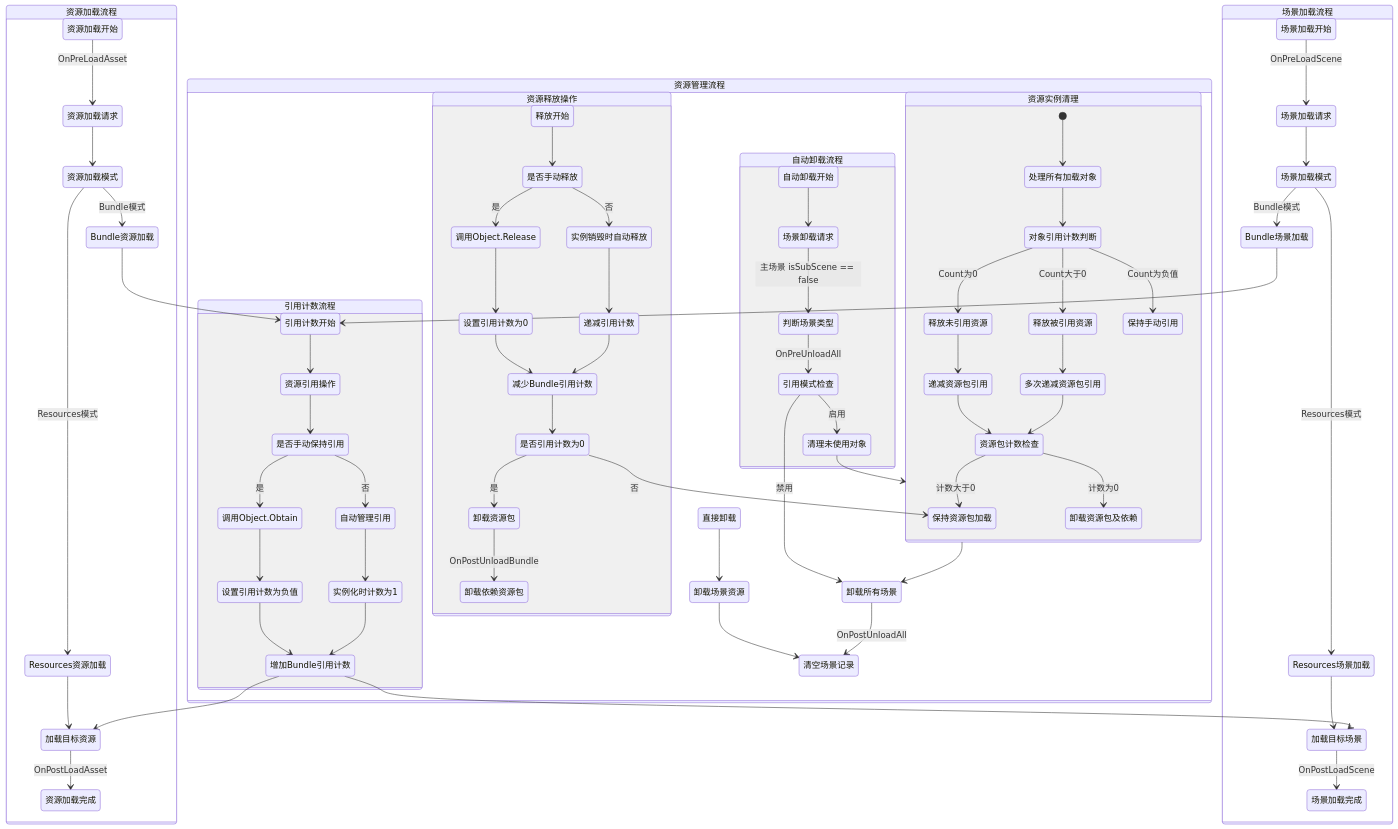
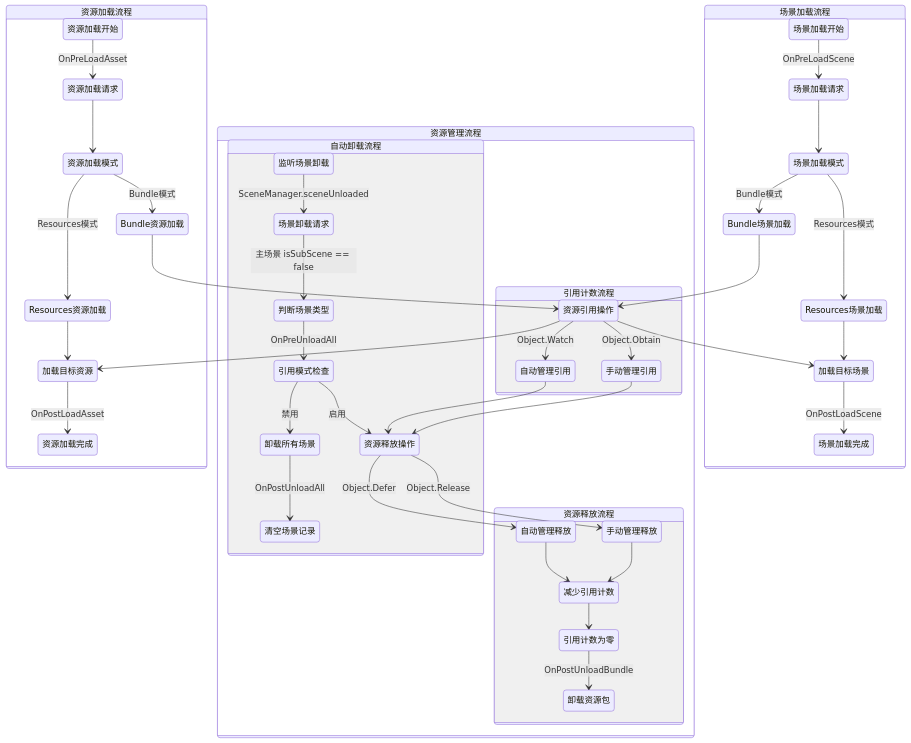
Before and after one commit to eframework-org/U3D.RES: the diagram in Documentation~/XAsset.Core.md, drawn with Mermaid. The commit also changed other lines of this file and 2 other files, not shown here.

Commit message:
docs: 更新 Core 模块的文档

````diff
--- a/Documentation~/XAsset.Core.md
+++ b/Documentation~/XAsset.Core.md
@@ -29,10 +29,10 @@
         资源加载模式 --> Bundle资源加载 : Bundle模式
         资源加载模式 --> Resources资源加载 : Resources模式
         
-        Bundle资源加载 --> 引用计数开始
+        Bundle资源加载 --> 资源引用操作
         Resources资源加载 --> 加载目标资源
         
-        增加Bundle引用计数 --> 加载目标资源
+        资源引用操作 --> 加载目标资源
         加载目标资源 --> 资源加载完成 : OnPostLoadAsset
     }
 
@@ -43,78 +43,42 @@
         场景加载模式 --> Bundle场景加载 : Bundle模式
         场景加载模式 --> Resources场景加载 : Resources模式
 
-        Bundle场景加载 --> 引用计数开始
+        Bundle场景加载 --> 资源引用操作
         Resources场景加载 --> 加载目标场景
         
-        增加Bundle引用计数 --> 加载目标场景
+        资源引用操作 --> 加载目标场景
         加载目标场景 --> 场景加载完成 : OnPostLoadScene
     }
 
     state 资源管理流程 {
         state 引用计数流程 {
-            引用计数开始 --> 资源引用操作
-            资源引用操作 --> 是否手动保持引用
-            
-            是否手动保持引用 --> 调用Object.Obtain : 是
-            是否手动保持引用 --> 自动管理引用 : 否
-            
-            调用Object.Obtain --> 设置引用计数为负值
-            设置引用计数为负值 --> 增加Bundle引用计数
-            
-            自动管理引用 --> 实例化时计数为1
-            实例化时计数为1 --> 增加Bundle引用计数
+            资源引用操作 --> 手动管理引用 : Object.Obtain
+            资源引用操作 --> 自动管理引用 : Object.Watch
+
+            手动管理引用 --> 资源释放操作
+            自动管理引用 --> 资源释放操作
         }
 
-        state 资源释放操作 {
-            释放开始 --> 是否手动释放
-            是否手动释放 --> 调用Object.Release : 是
-            是否手动释放 --> 实例销毁时自动释放 : 否
+        state 资源释放流程 {
+            资源释放操作 --> 手动管理释放 : Object.Release
+            资源释放操作 --> 自动管理释放 : Object.Defer
             
-            调用Object.Release --> 设置引用计数为0
-            设置引用计数为0 --> 减少Bundle引用计数
+            手动管理释放 --> 减少引用计数
+            自动管理释放 --> 减少引用计数
             
-            实例销毁时自动释放 --> 递减引用计数
-            递减引用计数 --> 减少Bundle引用计数
-            
-            减少Bundle引用计数 --> 是否引用计数为0
-            是否引用计数为0 --> 卸载资源包 : 是
-            是否引用计数为0 --> 保持资源包加载 : 否
-            
-            卸载资源包 --> 卸载依赖资源包 : OnPostUnloadBundle
+            减少引用计数 --> 引用计数为零
+            引用计数为零 --> 卸载资源包 : OnPostUnloadBundle
         }
 
         state 自动卸载流程 {
-            自动卸载开始 --> 场景卸载请求
+            监听场景卸载 --> 场景卸载请求 : SceneManager.sceneUnloaded
             场景卸载请求 --> 判断场景类型 : 主场景 isSubScene == false
             判断场景类型 --> 引用模式检查 : OnPreUnloadAll
             
-            引用模式检查 --> 清理未使用对象 : 启用
+            引用模式检查 --> 资源释放操作 : 启用
             引用模式检查 --> 卸载所有场景 : 禁用
-            
-            清理未使用对象 --> 资源实例清理
+
+            卸载所有场景 --> 清空场景记录 : OnPostUnloadAll
         }
-
-        state 资源实例清理 {
-            [*] --> 处理所有加载对象
-            处理所有加载对象 --> 对象引用计数判断
-            
-            对象引用计数判断 --> 释放未引用资源 : Count为0
-            对象引用计数判断 --> 释放被引用资源 : Count大于0
-            对象引用计数判断 --> 保持手动引用 : Count为负值
-            
-            释放未引用资源 --> 递减资源包引用
-            释放被引用资源 --> 多次递减资源包引用
-            
-            递减资源包引用 --> 资源包计数检查
-            多次递减资源包引用 --> 资源包计数检查
-            
-            资源包计数检查 --> 卸载资源包及依赖 : 计数为0
-            资源包计数检查 --> 保持资源包加载 : 计数大于0
-        }
-
-        资源实例清理 --> 卸载所有场景
-        直接卸载 --> 卸载场景资源
-        卸载场景资源 --> 清空场景记录
-        卸载所有场景 --> 清空场景记录 : OnPostUnloadAll
     }
 ```
````
